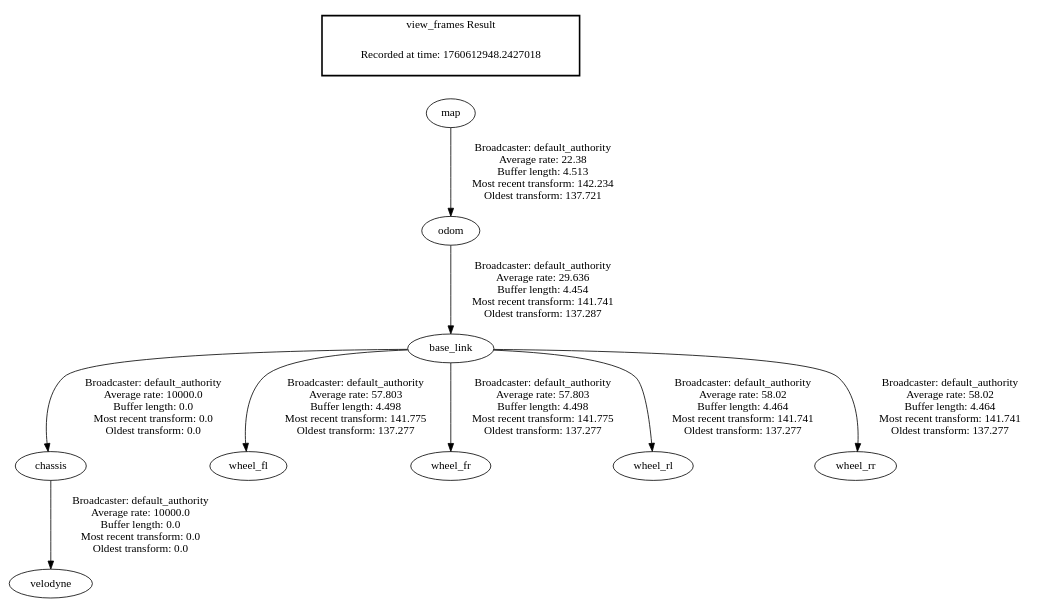
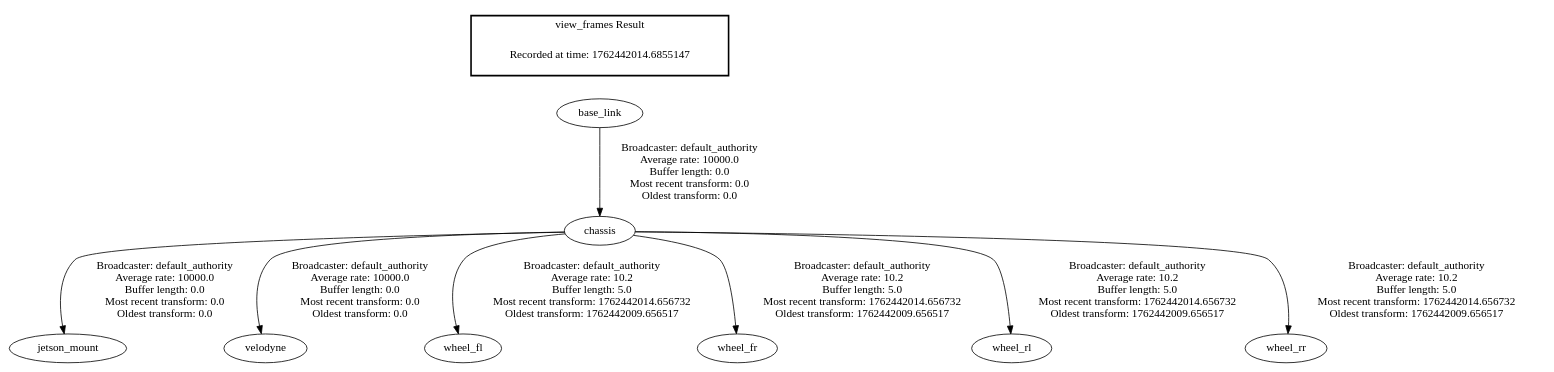
The diagram in frames.gv (Podolskigutten/ros2_leo_ws), drawn with Graphviz before and after one commit. The commit also changed 13 other files, not shown here.

```diff
--- a/frames.gv
+++ b/frames.gv
@@ -1,14 +1,13 @@
 digraph G {
 "base_link" -> "chassis"[label=" Broadcaster: default_authority\nAverage rate: 10000.0\nBuffer length: 0.0\nMost recent transform: 0.0\nOldest transform: 0.0\n"];
-"odom" -> "base_link"[label=" Broadcaster: default_authority\nAverage rate: 29.636\nBuffer length: 4.454\nMost recent transform: 141.741\nOldest transform: 137.287\n"];
+"chassis" -> "jetson_mount"[label=" Broadcaster: default_authority\nAverage rate: 10000.0\nBuffer length: 0.0\nMost recent transform: 0.0\nOldest transform: 0.0\n"];
 "chassis" -> "velodyne"[label=" Broadcaster: default_authority\nAverage rate: 10000.0\nBuffer length: 0.0\nMost recent transform: 0.0\nOldest transform: 0.0\n"];
-"base_link" -> "wheel_fl"[label=" Broadcaster: default_authority\nAverage rate: 57.803\nBuffer length: 4.498\nMost recent transform: 141.775\nOldest transform: 137.277\n"];
-"base_link" -> "wheel_fr"[label=" Broadcaster: default_authority\nAverage rate: 57.803\nBuffer length: 4.498\nMost recent transform: 141.775\nOldest transform: 137.277\n"];
-"base_link" -> "wheel_rl"[label=" Broadcaster: default_authority\nAverage rate: 58.02\nBuffer length: 4.464\nMost recent transform: 141.741\nOldest transform: 137.277\n"];
-"base_link" -> "wheel_rr"[label=" Broadcaster: default_authority\nAverage rate: 58.02\nBuffer length: 4.464\nMost recent transform: 141.741\nOldest transform: 137.277\n"];
-"map" -> "odom"[label=" Broadcaster: default_authority\nAverage rate: 22.38\nBuffer length: 4.513\nMost recent transform: 142.234\nOldest transform: 137.721\n"];
+"chassis" -> "wheel_fl"[label=" Broadcaster: default_authority\nAverage rate: 10.2\nBuffer length: 5.0\nMost recent transform: 1762442014.656732\nOldest transform: 1762442009.656517\n"];
+"chassis" -> "wheel_fr"[label=" Broadcaster: default_authority\nAverage rate: 10.2\nBuffer length: 5.0\nMost recent transform: 1762442014.656732\nOldest transform: 1762442009.656517\n"];
+"chassis" -> "wheel_rl"[label=" Broadcaster: default_authority\nAverage rate: 10.2\nBuffer length: 5.0\nMost recent transform: 1762442014.656732\nOldest transform: 1762442009.656517\n"];
+"chassis" -> "wheel_rr"[label=" Broadcaster: default_authority\nAverage rate: 10.2\nBuffer length: 5.0\nMost recent transform: 1762442014.656732\nOldest transform: 1762442009.656517\n"];
 edge [style=invis];
  subgraph cluster_legend { style=bold; color=black; label ="view_frames Result";
-"Recorded at time: 1760612948.2427018"[ shape=plaintext ] ;
-}->"map";
+"Recorded at time: 1762442014.6855147"[ shape=plaintext ] ;
+}->"base_link";
 }
```
